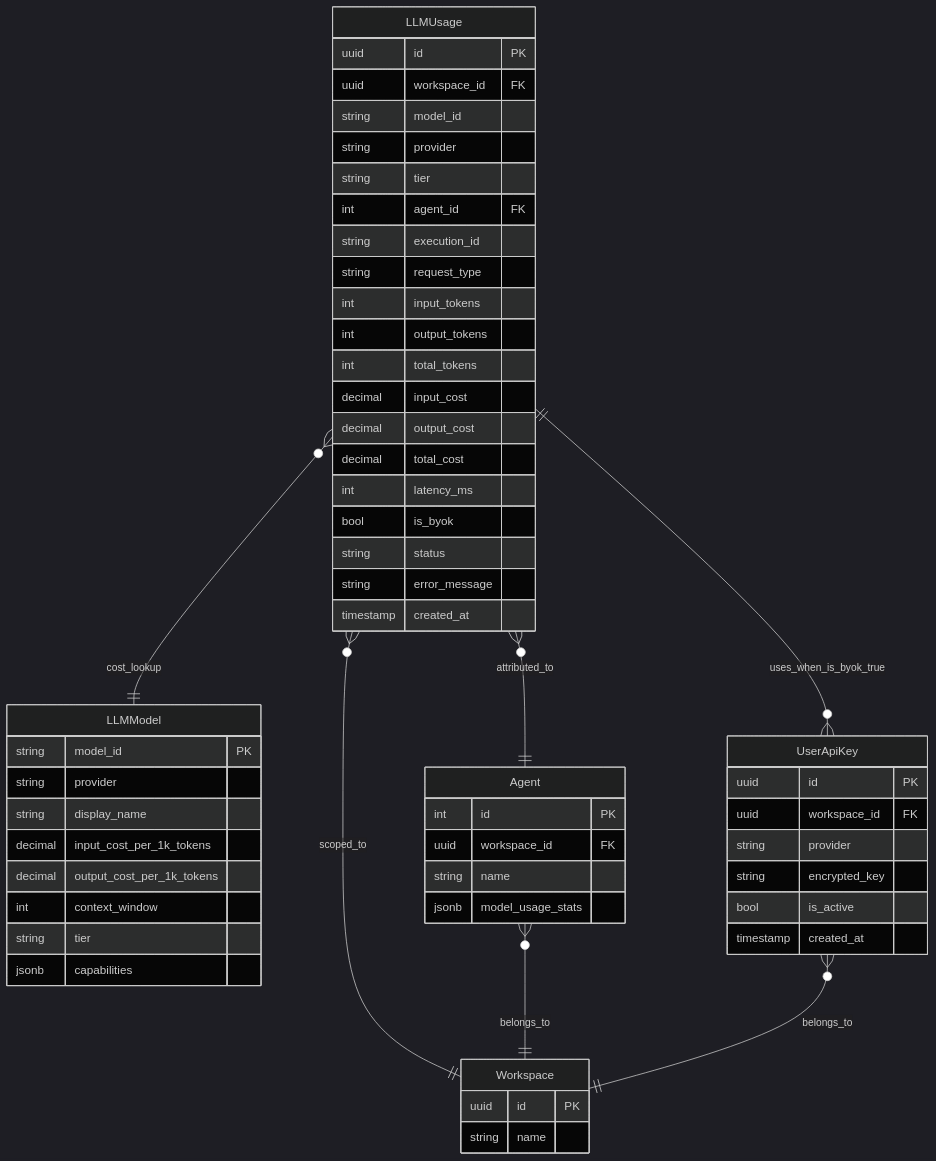
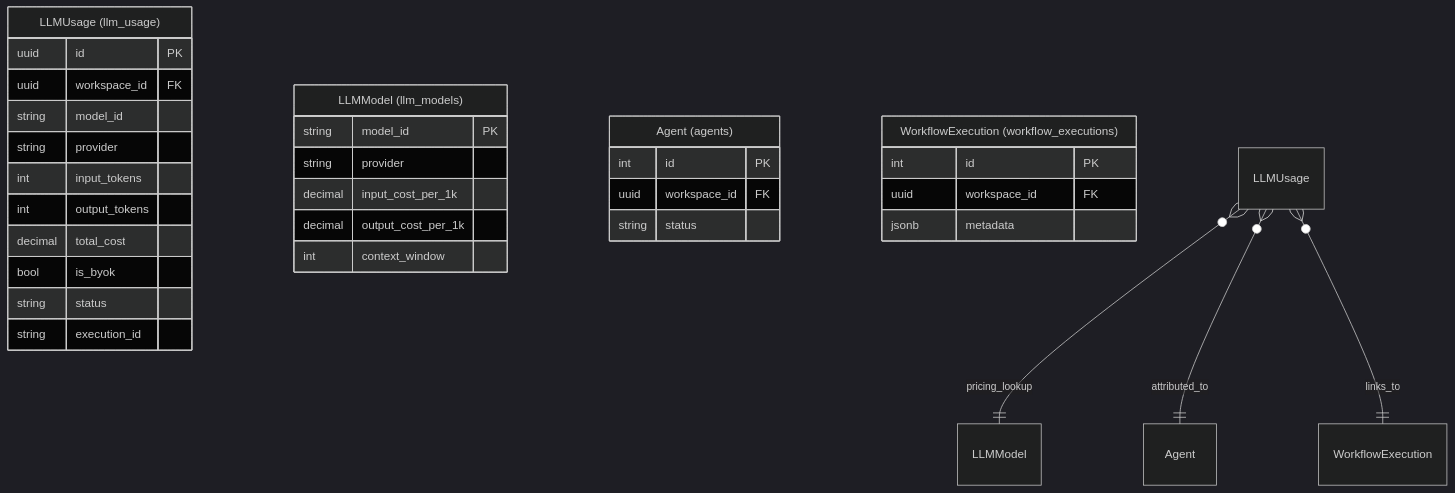
Before and after one commit to AutomatosAI/automatos-ai: the second of 2 diagrams in docs/analytics-monitoring/llm-usage-tracking.md, drawn with Mermaid (dark theme). The commit also changed other lines of this file and 149 other files, not shown here.

Commit message:
docs: refresh documentation with graphify semantic scan

````diff
--- a/docs/analytics-monitoring/llm-usage-tracking.md
+++ b/docs/analytics-monitoring/llm-usage-tracking.md
@@ -150,64 +123,39 @@
 ```mermaid
 erDiagram
-    LLMUsage {
+    "LLMUsage (llm_usage)" {
         uuid id PK
         uuid workspace_id FK
         string model_id
         string provider
-        string tier
-        int agent_id FK
-        string execution_id
-        string request_type
         int input_tokens
         int output_tokens
-        int total_tokens
-        decimal input_cost
-        decimal output_cost
         decimal total_cost
-        int latency_ms
         bool is_byok
         string status
-        string error_message
-        timestamp created_at
+        string execution_id
     }
     
-    LLMModel {
+    "LLMModel (llm_models)" {
         string model_id PK
         string provider
-        string display_name
-        decimal input_cost_per_1k_tokens
-        decimal output_cost_per_1k_tokens
+        decimal input_cost_per_1k
+        decimal output_cost_per_1k
         int context_window
-        string tier
-        jsonb capabilities
     }
     
-    UserApiKey {
-        uuid id PK
+    "Agent (agents)" {
+        int id PK
         uuid workspace_id FK
-        string provider
-        string encrypted_key
-        bool is_active
-        timestamp created_at
+        string status
+    }
+
+    "WorkflowExecution (workflow_executions)" {
+        int id PK
+        uuid workspace_id FK
+        jsonb metadata
     }
     
-    Agent {
-        int id PK
-        uuid workspace_id FK
-        string name
-        jsonb model_usage_stats
-    }
-    
-    Workspace {
-        uuid id PK
-        string name
-    }
-    
-    LLMUsage }o--|| LLMModel : "cost_lookup"
-    LLMUsage }o--|| Agent : "attributed_to"
-    LLMUsage }o--|| Workspace : "scoped_to"
-    Agent }o--|| Workspace : "belongs_to"
-    UserApiKey }o--|| Workspace : "belongs_to"
-    
-    LLMUsage ||--o{ UserApiKey : "uses_when_is_byok_true"
+    "LLMUsage" }o--|| "LLMModel" : "pricing_lookup"
+    "LLMUsage" }o--|| "Agent" : "attributed_to"
+    "LLMUsage" }o--|| "WorkflowExecution" : "links_to"
 ```
````
